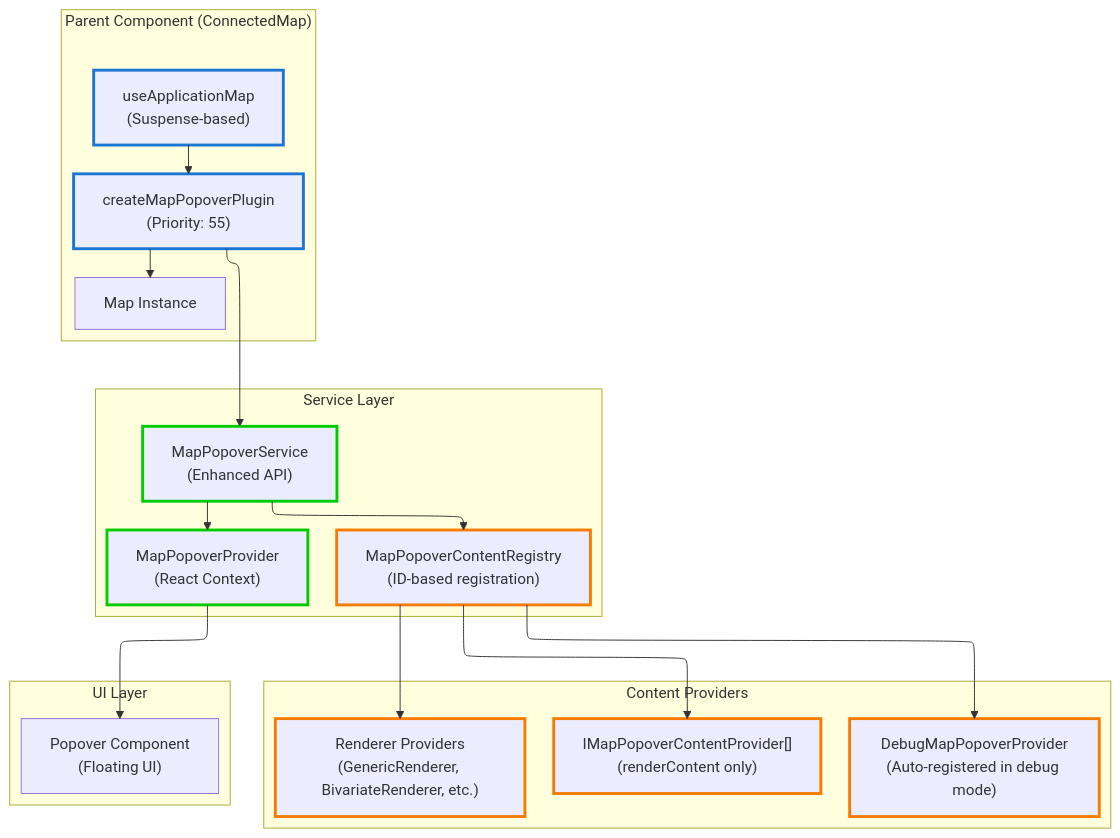
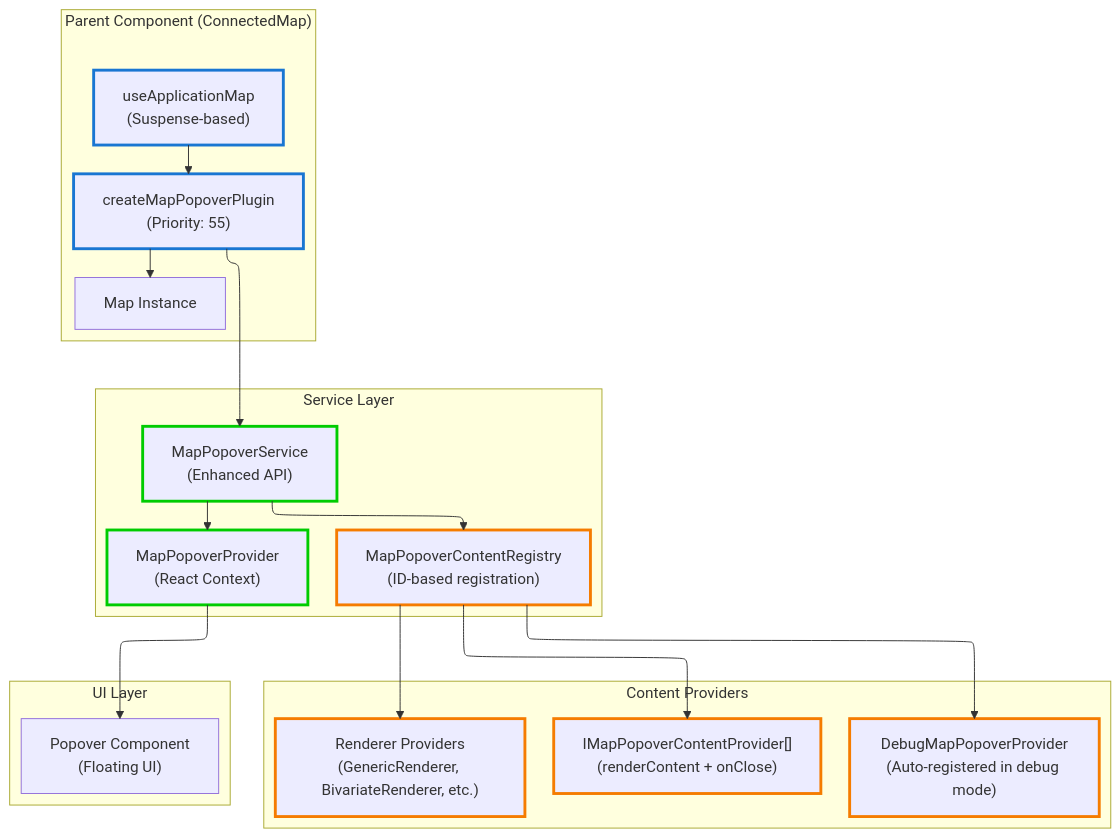
One commit to konturio/disaster-ninja-fe changed the diagram in src/core/map/MapPopover.md. Above: the diagram before and after it, drawn with Mermaid. The commit also changed other lines of this file and 24 other files, not shown here.

Commit message:
Enhance MapPopover system by adding close callback support to content providers and refactoring InfoPopover to utilize MarkdownContent for improved markdown rendering. Introduce boundary selector actions for better state management and cleanup of unused boundaryMarkerAtom.

````diff
--- a/src/core/map/MapPopover.md
+++ b/src/core/map/MapPopover.md
@@ -7,48 +7,48 @@
 ```mermaid
 ---
 config:
   layout: elk
 ---
 graph TD
     subgraph "Parent Component (ConnectedMap)"
         UseApplicationMap["useApplicationMap<br/>(Suspense-based)"]
         MapPopoverPlugin["createMapPopoverPlugin<br/>(Priority: 55)"]
         MapInstance["Map Instance"]
     end
 
     subgraph "Service Layer"
         Service["MapPopoverService<br/>(Enhanced API)"]
         Registry["MapPopoverContentRegistry<br/>(ID-based registration)"]
         Provider["MapPopoverProvider<br/>(React Context)"]
     end
 
     subgraph "Content Providers"
-        ContentProviders["IMapPopoverContentProvider[]<br/>(renderContent only)"]
+        ContentProviders["IMapPopoverContentProvider[]<br/>(renderContent + onClose)"]
         DebugProvider["DebugMapPopoverProvider<br/>(Auto-registered in debug mode)"]
         RendererProviders["Renderer Providers<br/>(GenericRenderer, BivariateRenderer, etc.)"]
     end
 
     subgraph "UI Layer"
         PopoverComponent["Popover Component<br/>(Floating UI)"]
     end
 
     UseApplicationMap --> MapPopoverPlugin
     MapPopoverPlugin --> MapInstance
     MapPopoverPlugin --> Service
 
     Service --> Registry
     Registry --> ContentProviders
     Registry --> DebugProvider
     Registry --> RendererProviders
 
     Service --> Provider
     Provider --> PopoverComponent
 
     classDef integration stroke:#1976d2,stroke-width:3px
     classDef coreService stroke:#00cc00,stroke-width:3px
     classDef contentSystem stroke:#f57c00,stroke-width:3px
 
     class UseApplicationMap,MapPopoverPlugin integration
     class Service,Provider coreService
     class Registry,ContentProviders,DebugProvider,RendererProviders contentSystem
 ```
````
